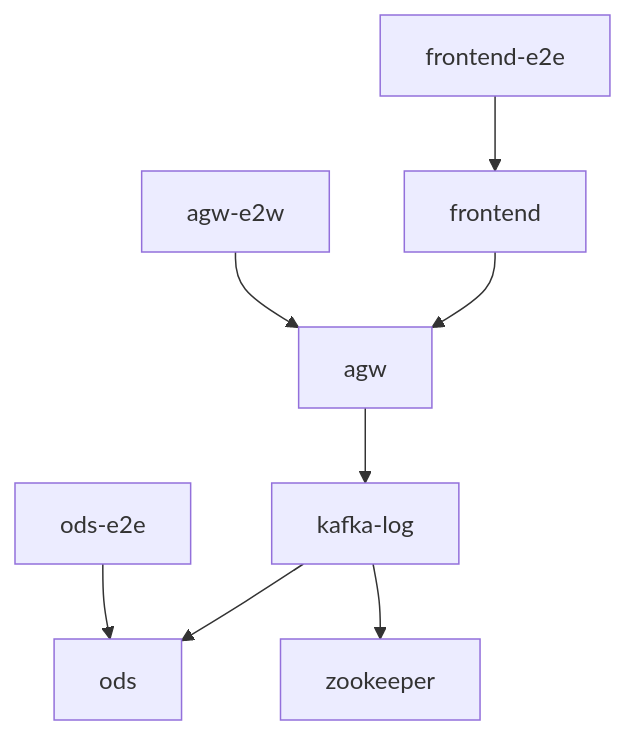
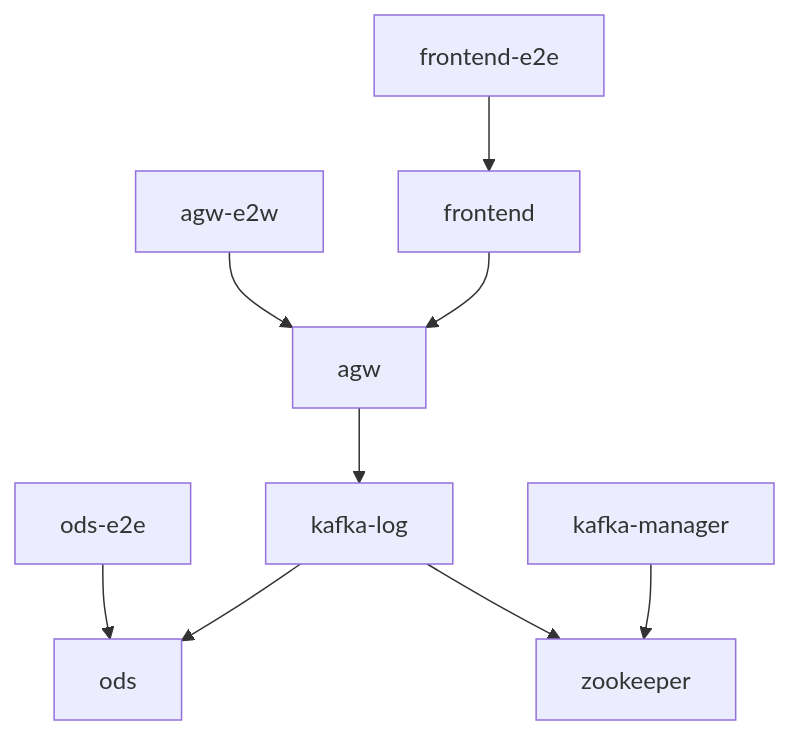
One commit to IT-Lab-KubSU/platform changed the diagram in README.md. Above: the diagram before and after it, drawn with Mermaid. The commit also changed 1 other file, not shown here.

````diff
--- a/README.md
+++ b/README.md
@@ -47,10 +47,11 @@
 ```mermaid
 graph TD;
     agw-e2w-->agw;
     frontend-e2e-->frontend;
     frontend-->agw;
     ods-e2e-->ods
     agw-->kafka-log
     kafka-log-->ods
     kafka-log-->zookeeper
+    kafka-manager-->zookeeper
 ```
````
